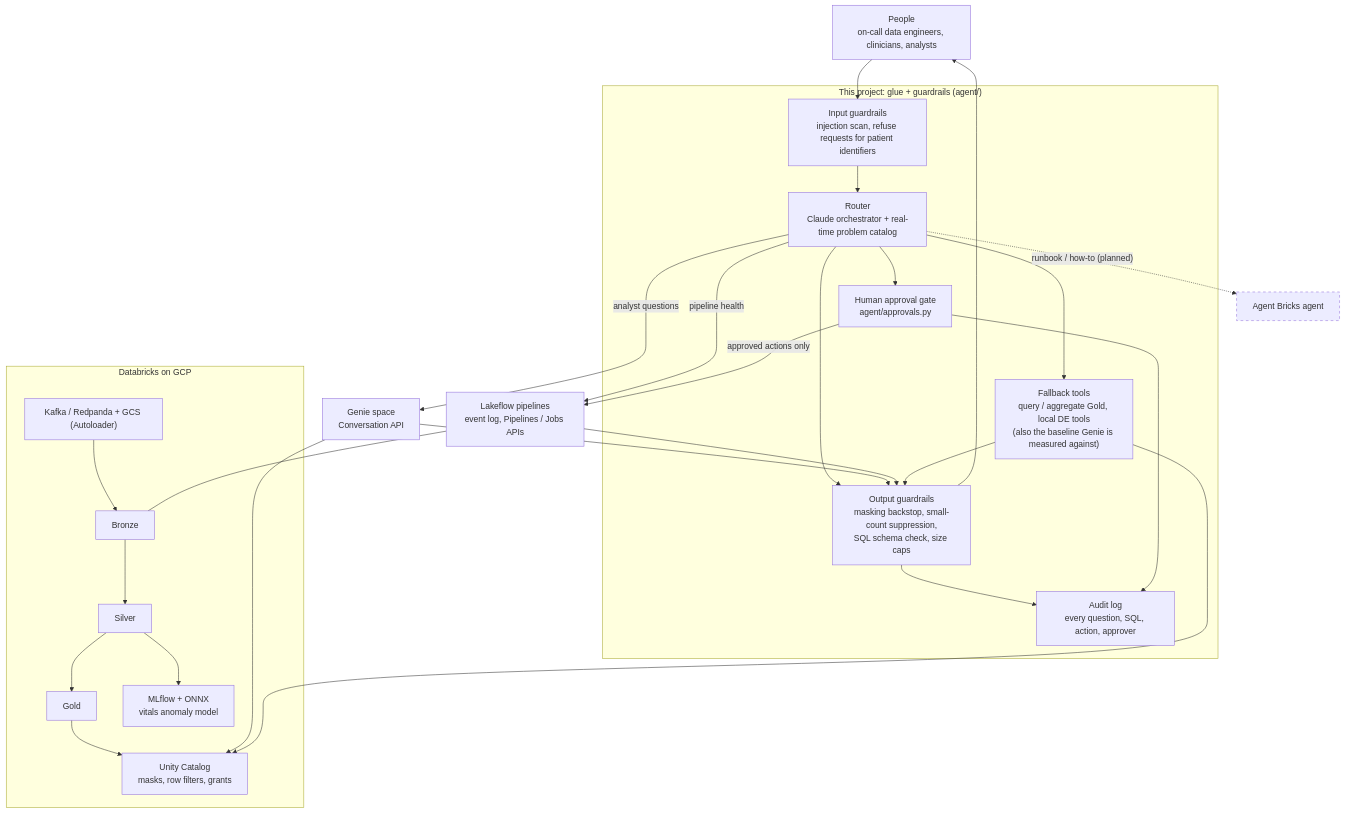
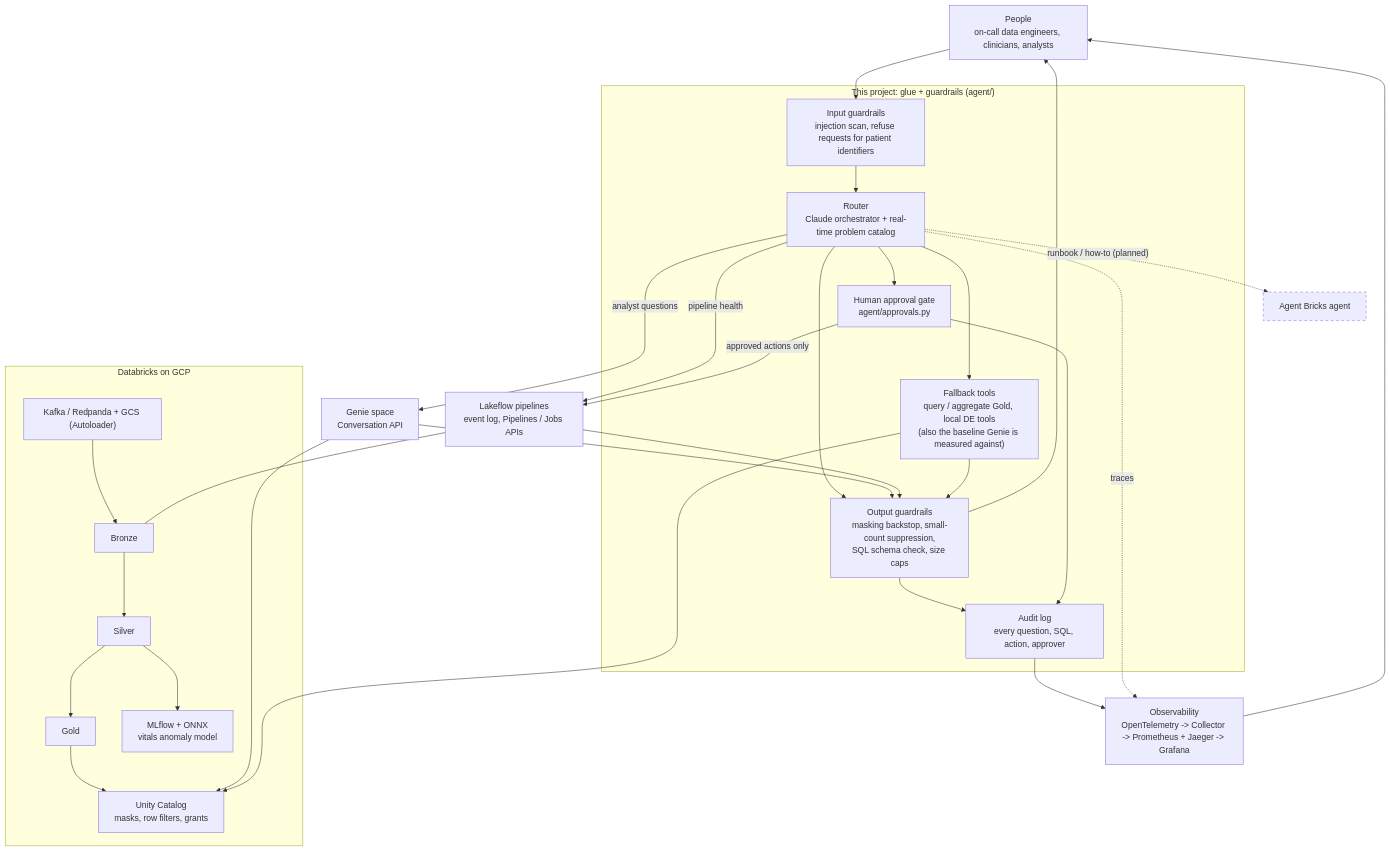
Before and after one commit to sumanthreddy369/databricks-agentic-de: the first of 9 diagrams in README.md, drawn with Mermaid. The commit also changed other lines of this file and 20 other files, not shown here.

````diff
--- a/README.md
+++ b/README.md
@@ -141,35 +166,39 @@
 ```mermaid
 flowchart TD
     U["People<br/>on-call data engineers, clinicians, analysts"] --> IN
 
     subgraph OURS["This project: glue + guardrails (agent/)"]
         IN["Input guardrails<br/>injection scan, refuse requests for patient identifiers"] --> R["Router<br/>Claude orchestrator + real-time problem catalog"]
         R --> OUT["Output guardrails<br/>masking backstop, small-count suppression,<br/>SQL schema check, size caps"]
         R --> APR["Human approval gate<br/>agent/approvals.py"]
         OUT --> AUD["Audit log<br/>every question, SQL, action, approver"]
         APR --> AUD
         R --> FB["Fallback tools<br/>query / aggregate Gold, local DE tools<br/>(also the baseline Genie is measured against)"]
     end
 
     R -->|"analyst questions"| GENIE["Genie space<br/>Conversation API"]
     R -.->|"runbook / how-to (planned)"| BRICKS["Agent Bricks agent"]
     R -->|"pipeline health"| LAKE["Lakeflow pipelines<br/>event log, Pipelines / Jobs APIs"]
     APR -->|"approved actions only"| LAKE
 
     subgraph PLATFORM["Databricks on GCP"]
         SRC["Kafka / Redpanda + GCS (Autoloader)"] --> BRZ["Bronze"] --> SLV["Silver"] --> GLD["Gold"]
         GLD --> UC["Unity Catalog<br/>masks, row filters, grants"]
         SLV --> ML["MLflow + ONNX<br/>vitals anomaly model"]
     end
 
     LAKE --- BRZ
     GENIE --> UC
     FB --> UC
     GENIE --> OUT
     LAKE --> OUT
     FB --> OUT
     OUT --> U
 
+    AUD --> OBS["Observability<br/>OpenTelemetry -> Collector -> Prometheus + Jaeger -> Grafana"]
+    R -.->|"traces"| OBS
+    OBS --> U
+
     classDef planned stroke-dasharray: 5 5
     class BRICKS planned
 ```
````
